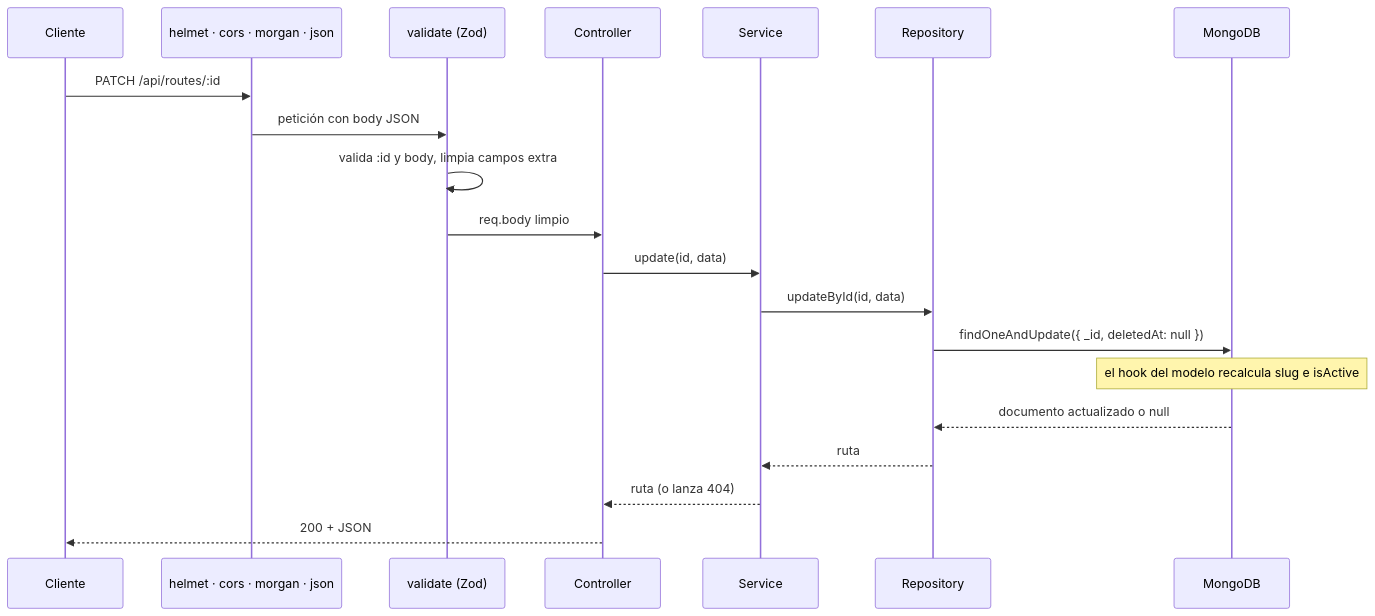
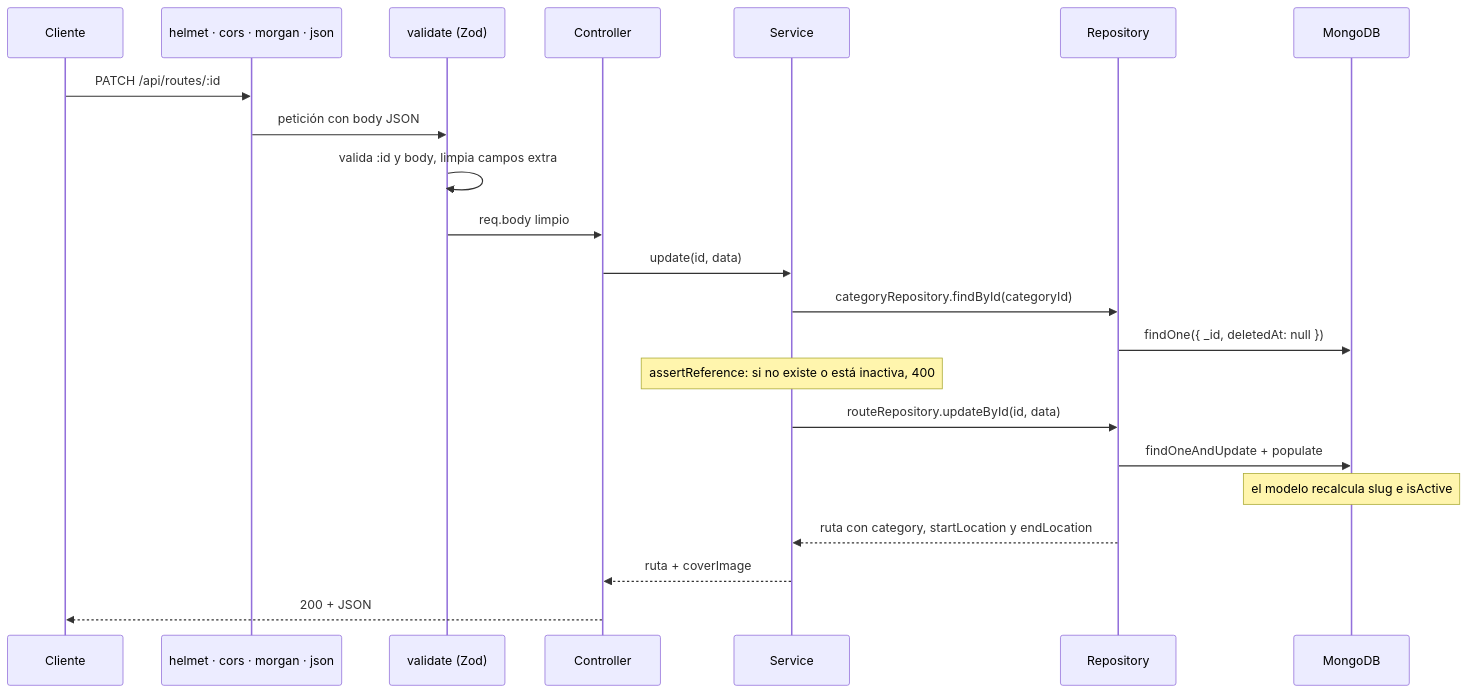
One commit to Mauro-vs/Routly changed the second of 3 diagrams in moto-routes-api/README.md. Above: the diagram before and after it, drawn with Mermaid. The commit also changed other lines of this file and 143 other files, not shown here.

````diff
--- a/moto-routes-api/README.md
+++ b/moto-routes-api/README.md
@@ -119,22 +165,24 @@
 ```mermaid
 sequenceDiagram
     participant Cliente
     participant MW as helmet · cors · morgan · json
     participant V as validate (Zod)
     participant C as Controller
     participant S as Service
     participant R as Repository
     participant DB as MongoDB
     Cliente->>MW: PATCH /api/routes/:id
     MW->>V: petición con body JSON
     V->>V: valida :id y body, limpia campos extra
     V->>C: req.body limpio
     C->>S: update(id, data)
-    S->>R: updateById(id, data)
-    R->>DB: findOneAndUpdate({ _id, deletedAt: null })
-    Note over DB: el hook del modelo recalcula slug e isActive
-    DB-->>R: documento actualizado o null
-    R-->>S: ruta
-    S-->>C: ruta (o lanza 404)
+    S->>R: categoryRepository.findById(categoryId)
+    R->>DB: findOne({ _id, deletedAt: null })
+    Note over S: assertReference: si no existe o está inactiva, 400
+    S->>R: routeRepository.updateById(id, data)
+    R->>DB: findOneAndUpdate + populate
+    Note over DB: el modelo recalcula slug e isActive
+    R-->>S: ruta con category, startLocation y endLocation
+    S-->>C: ruta + coverImage
     C-->>Cliente: 200 + JSON
 ```
````
